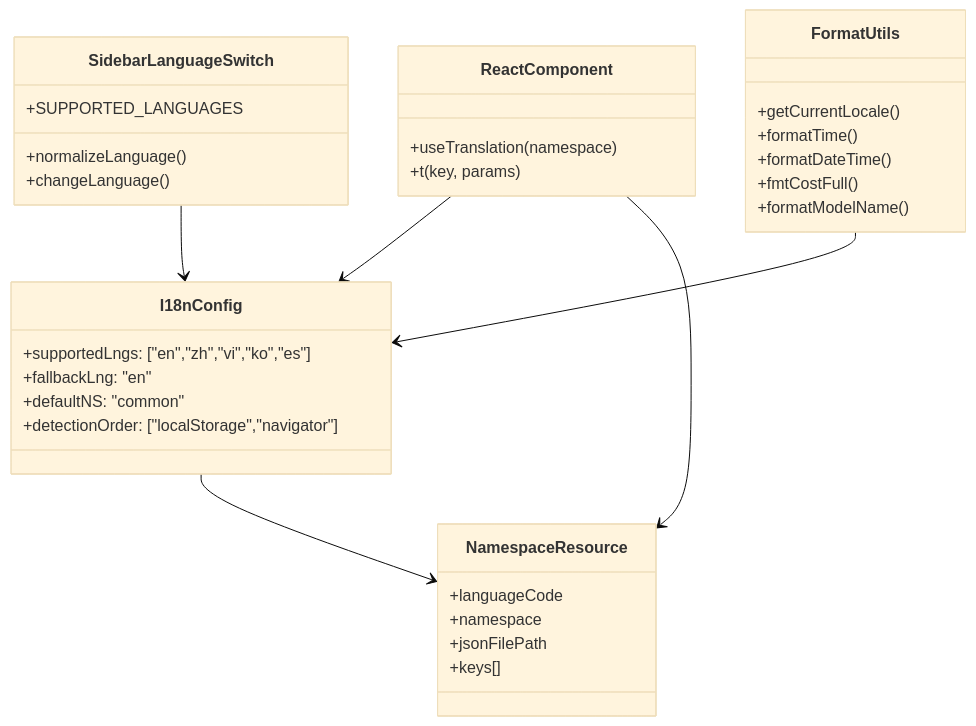
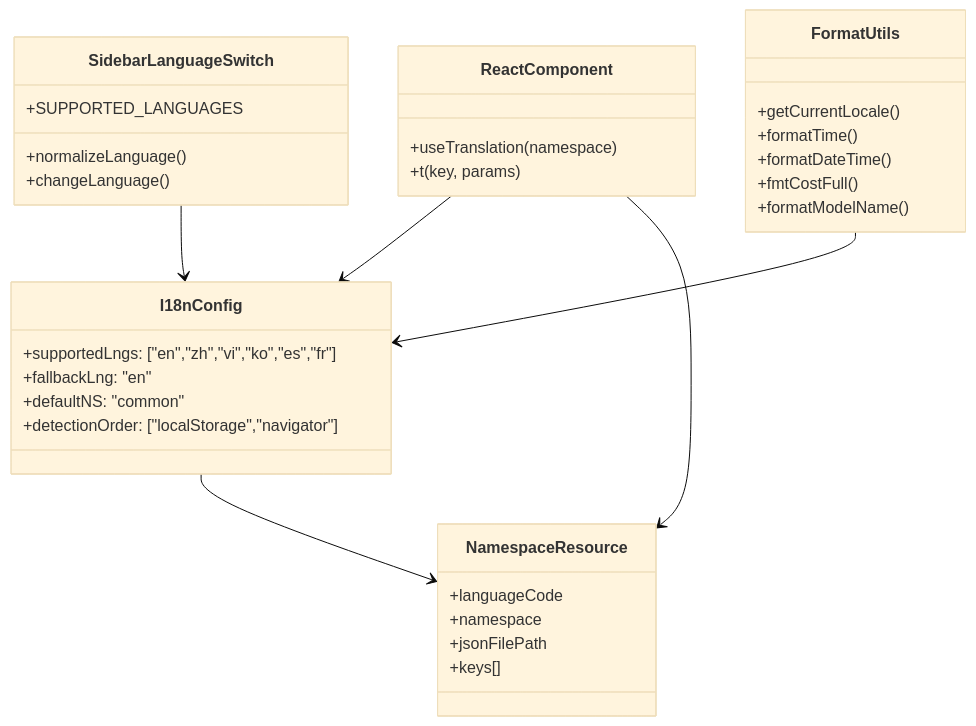
The third of 7 diagrams in docs/I18N.md (CorentinPa/Claude-Code-Agent-Monitor), drawn with Mermaid (base theme) before and after one commit. The commit also changed other lines of this file and 31 other files, not shown here.

````diff
--- a/docs/I18N.md
+++ b/docs/I18N.md
@@ -127,41 +128,41 @@
 ```mermaid
 classDiagram
     class I18nConfig {
-      +supportedLngs: ["en","zh","vi","ko","es"]
+      +supportedLngs: ["en","zh","vi","ko","es","fr"]
       +fallbackLng: "en"
       +defaultNS: "common"
       +detectionOrder: ["localStorage","navigator"]
     }
 
     class NamespaceResource {
       +languageCode
       +namespace
       +jsonFilePath
       +keys[]
     }
 
     class ReactComponent {
       +useTranslation(namespace)
       +t(key, params)
     }
 
     class SidebarLanguageSwitch {
       +SUPPORTED_LANGUAGES
       +normalizeLanguage()
       +changeLanguage()
     }
 
     class FormatUtils {
       +getCurrentLocale()
       +formatTime()
       +formatDateTime()
       +fmtCostFull()
       +formatModelName()
     }
 
     I18nConfig --> NamespaceResource
     ReactComponent --> I18nConfig
     ReactComponent --> NamespaceResource
     SidebarLanguageSwitch --> I18nConfig
     FormatUtils --> I18nConfig
 ```
````
